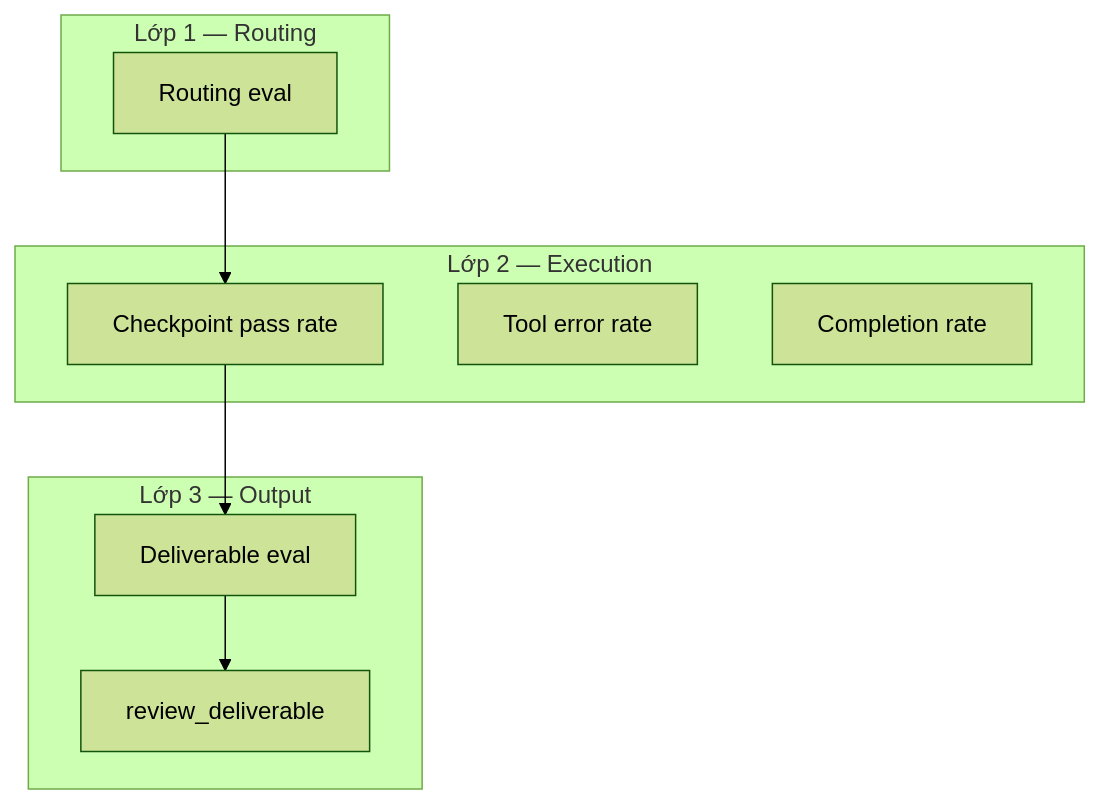
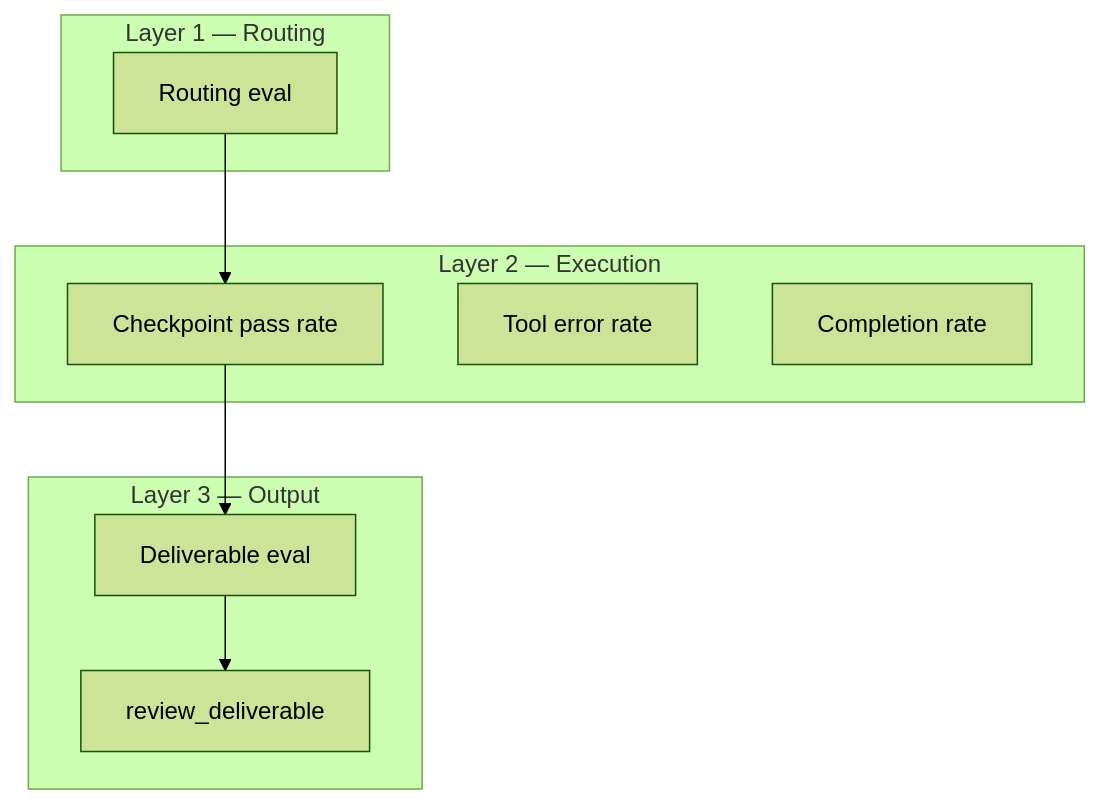
The diagram in docs/EVAL-FRAMEWORK.md (tihado/nex-staff), drawn with Mermaid (forest theme) before and after one commit. The commit also changed other lines of this file and 11 other files, not shown here.

````diff
--- a/docs/EVAL-FRAMEWORK.md
+++ b/docs/EVAL-FRAMEWORK.md
@@ -26,18 +26,18 @@
 ```mermaid
 flowchart TB
-    subgraph L1 [Lớp 1 — Routing]
+    subgraph L1 [Layer 1 — Routing]
         R[Routing eval]
     end
-    subgraph L2 [Lớp 2 — Execution]
+    subgraph L2 [Layer 2 — Execution]
         C[Checkpoint pass rate]
         T[Tool error rate]
         CR[Completion rate]
     end
-    subgraph L3 [Lớp 3 — Output]
+    subgraph L3 [Layer 3 — Output]
         D[Deliverable eval]
         RV[review_deliverable]
     end
     R --> C
     C --> D
     D --> RV
 ```
````
